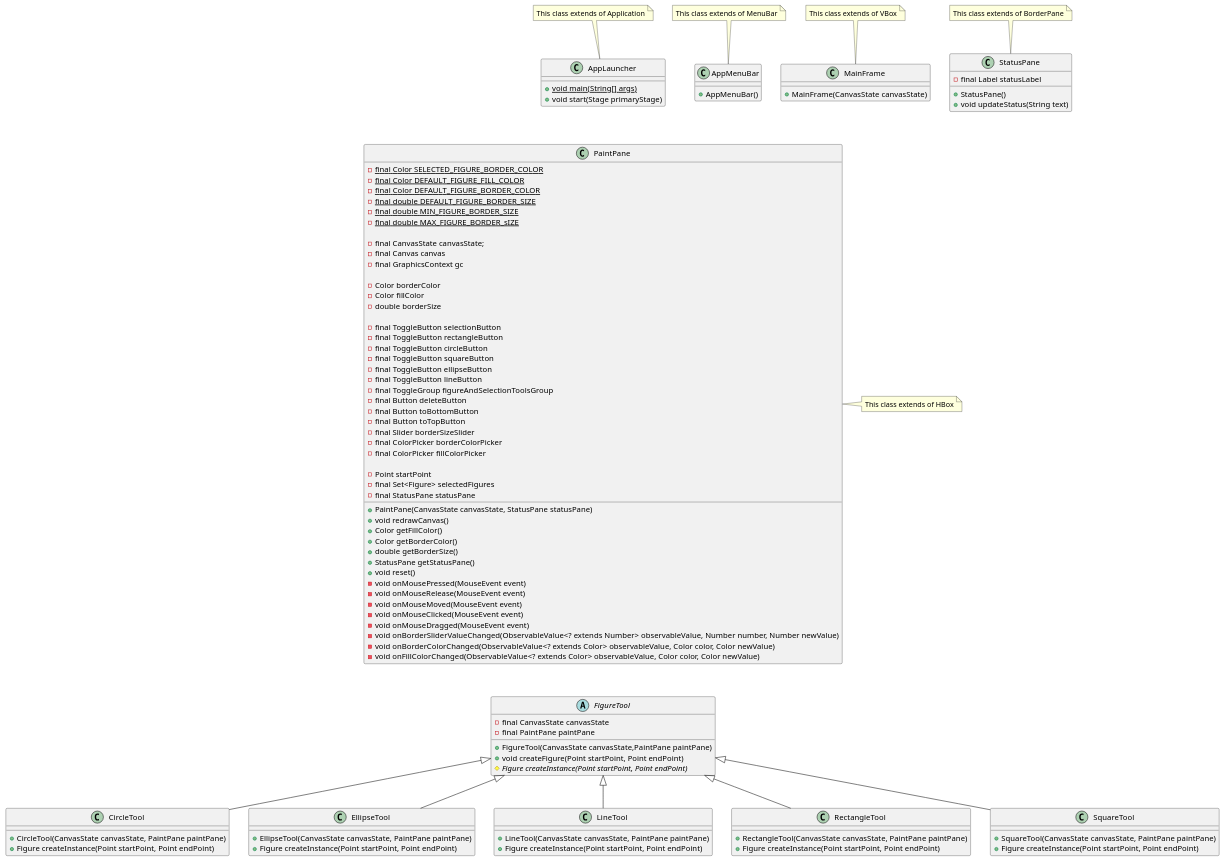
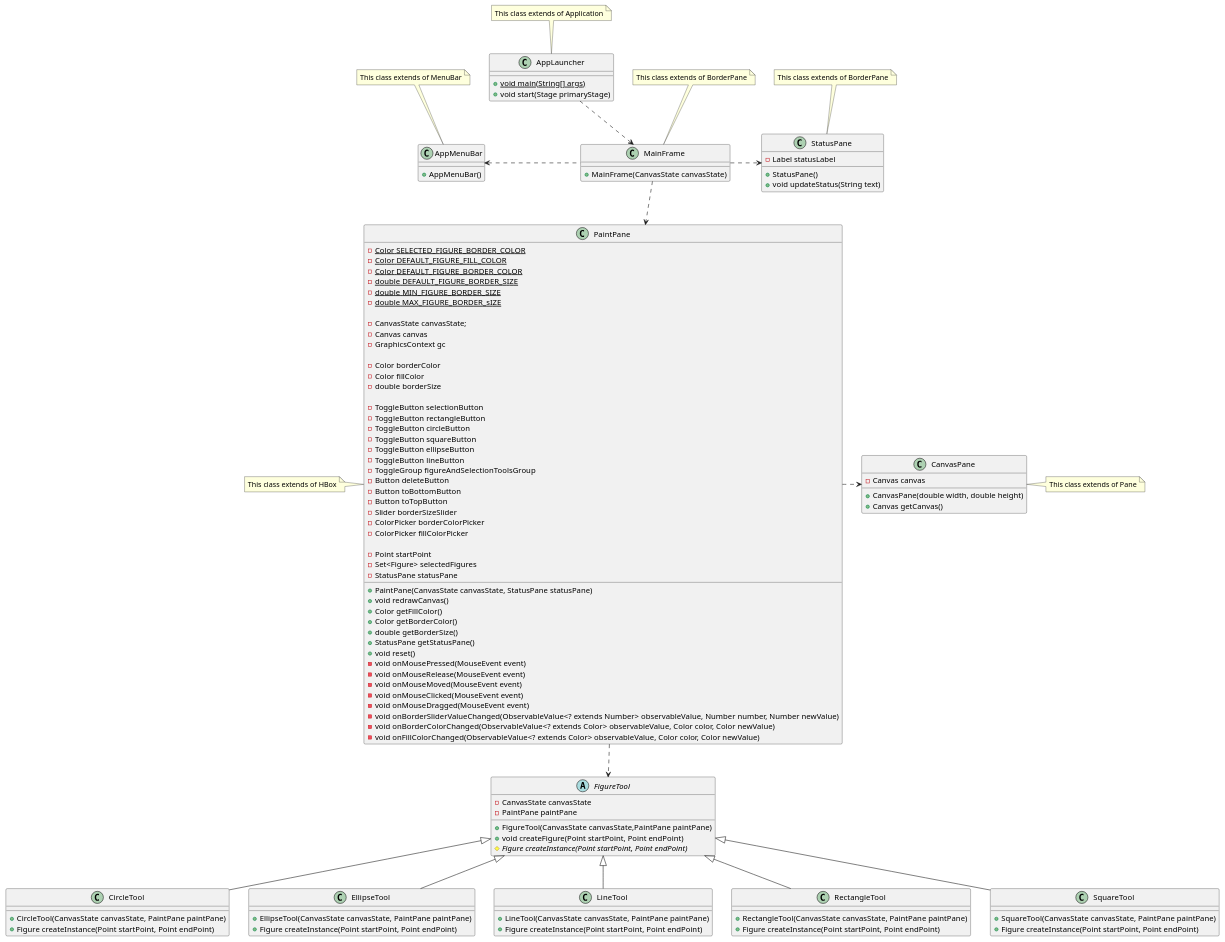
The diagram in doc/FrontendUML.puml (ThomasMiz/TPE-POO), drawn with PlantUML before and after one commit. The commit also changed 3 other files, not shown here.

Commit message:
Modified CanvasState, CanvasPane and updated UML

```diff
--- a/doc/FrontendUML.puml
+++ b/doc/FrontendUML.puml
@@ -1,141 +1,153 @@
 @startuml
 
 class AppLauncher{
 +{static} void main(String[] args)
 +void start(Stage primaryStage)
 }
 
 class AppMenuBar{
 +AppMenuBar()
 }
 
 class MainFrame{
 +MainFrame(CanvasState canvasState)
 }
 
 class StatusPane{
--final Label statusLabel
+-Label statusLabel
 +StatusPane()
 +void updateStatus(String text)
 }
 
+class CanvasPane{
+-Canvas canvas
++CanvasPane(double width, double height)
++Canvas getCanvas()
+}
+
 class PaintPane{
--{static} final Color SELECTED_FIGURE_BORDER_COLOR
--{static} final Color DEFAULT_FIGURE_FILL_COLOR
--{static} final Color DEFAULT_FIGURE_BORDER_COLOR
--{static} final double DEFAULT_FIGURE_BORDER_SIZE
--{static} final double MIN_FIGURE_BORDER_SIZE
--{static} final double MAX_FIGURE_BORDER_sIZE
+-{static} Color SELECTED_FIGURE_BORDER_COLOR
+-{static} Color DEFAULT_FIGURE_FILL_COLOR
+-{static} Color DEFAULT_FIGURE_BORDER_COLOR
+-{static} double DEFAULT_FIGURE_BORDER_SIZE
+-{static} double MIN_FIGURE_BORDER_SIZE
+-{static} double MAX_FIGURE_BORDER_sIZE
 
--final CanvasState canvasState;
--final Canvas canvas
--final GraphicsContext gc
+-CanvasState canvasState;
+-Canvas canvas
+-GraphicsContext gc
 
 -Color borderColor
 -Color fillColor
 -double borderSize
 
--final ToggleButton selectionButton
--final ToggleButton rectangleButton
--final ToggleButton circleButton
--final ToggleButton squareButton
--final ToggleButton ellipseButton
--final ToggleButton lineButton
--final ToggleGroup figureAndSelectionToolsGroup
--final Button deleteButton
--final Button toBottomButton
--final Button toTopButton
--final Slider borderSizeSlider
--final ColorPicker borderColorPicker
--final ColorPicker fillColorPicker
+-ToggleButton selectionButton
+-ToggleButton rectangleButton
+-ToggleButton circleButton
+-ToggleButton squareButton
+-ToggleButton ellipseButton
+-ToggleButton lineButton
+-ToggleGroup figureAndSelectionToolsGroup
+-Button deleteButton
+-Button toBottomButton
+-Button toTopButton
+-Slider borderSizeSlider
+-ColorPicker borderColorPicker
+-ColorPicker fillColorPicker
 
 -Point startPoint
--final Set<Figure> selectedFigures
--final StatusPane statusPane
+-Set<Figure> selectedFigures
+-StatusPane statusPane
 
 +PaintPane(CanvasState canvasState, StatusPane statusPane)
 +void redrawCanvas()
 +Color getFillColor()
 +Color getBorderColor()
 +double getBorderSize()
 +StatusPane getStatusPane()
 +void reset()
 -void onMousePressed(MouseEvent event)
 -void onMouseRelease(MouseEvent event)
 -void onMouseMoved(MouseEvent event)
 -void onMouseClicked(MouseEvent event)
 -void onMouseDragged(MouseEvent event)
 -void onBorderSliderValueChanged(ObservableValue<? extends Number> observableValue, Number number, Number newValue)
 -void onBorderColorChanged(ObservableValue<? extends Color> observableValue, Color color, Color newValue)
 -void onFillColorChanged(ObservableValue<? extends Color> observableValue, Color color, Color newValue)
 }
 
-AppLauncher -[hidden] AppMenuBar
-AppMenuBar -[hidden] MainFrame
-MainFrame -[hidden] StatusPane
+AppLauncher ..down> MainFrame
+MainFrame ..right> StatusPane
+MainFrame ..> PaintPane
+MainFrame ..left> AppMenuBar
+PaintPane ..right> CanvasPane
 
 AppLauncher -down[hidden]- PaintPane
 
 abstract class FigureTool{
--final CanvasState canvasState
--final PaintPane paintPane
+-CanvasState canvasState
+-PaintPane paintPane
 +FigureTool(CanvasState canvasState,PaintPane paintPane)
 +void createFigure(Point startPoint, Point endPoint)
 #{abstract} Figure createInstance(Point startPoint, Point endPoint)
 }
 
 class CircleTool extends FigureTool{
 +CircleTool(CanvasState canvasState, PaintPane paintPane)
 +Figure createInstance(Point startPoint, Point endPoint)
 }
 
 class EllipseTool extends FigureTool{
 +EllipseTool(CanvasState canvasState, PaintPane paintPane)
 +Figure createInstance(Point startPoint, Point endPoint)
 }
 
 class LineTool extends FigureTool{
 +LineTool(CanvasState canvasState, PaintPane paintPane)
 +Figure createInstance(Point startPoint, Point endPoint)
 }
 
 class RectangleTool extends FigureTool{
 +RectangleTool(CanvasState canvasState, PaintPane paintPane)
 +Figure createInstance(Point startPoint, Point endPoint)
 }
 
 class SquareTool extends FigureTool{
 +SquareTool(CanvasState canvasState, PaintPane paintPane)
 +Figure createInstance(Point startPoint, Point endPoint)
 }
 
 CircleTool -[hidden] EllipseTool
 EllipseTool -[hidden] LineTool
 LineTool -[hidden] RectangleTool
 RectangleTool -[hidden] SquareTool
 FigureTool -up[hidden]- PaintPane
+PaintPane ..> FigureTool
 
+
+note right of CanvasPane
+This class extends of Pane
+end note
 
 note top of AppLauncher
 This class extends of Application
 end note
 
 note top of AppMenuBar
 This class extends of MenuBar
 end note
 
 note top of MainFrame
-This class extends of VBox
+This class extends of BorderPane
 end note
 
 note top of StatusPane
 This class extends of BorderPane
 end note
 
-class PaintPane
-note right: This class extends of HBox
-
-
+note left of PaintPane
+This class extends of HBox
+end note
 
 
 @enduml
```
